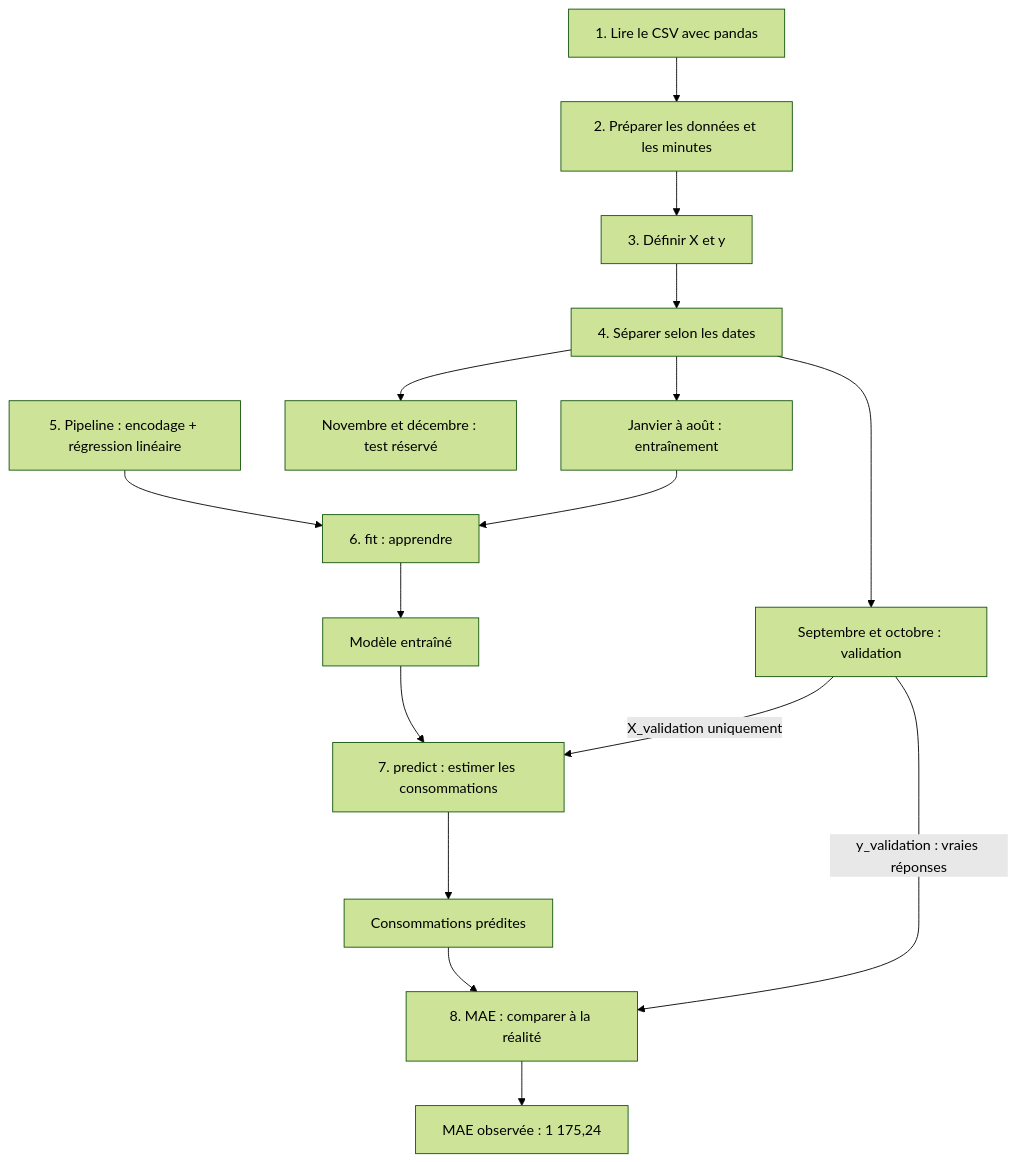
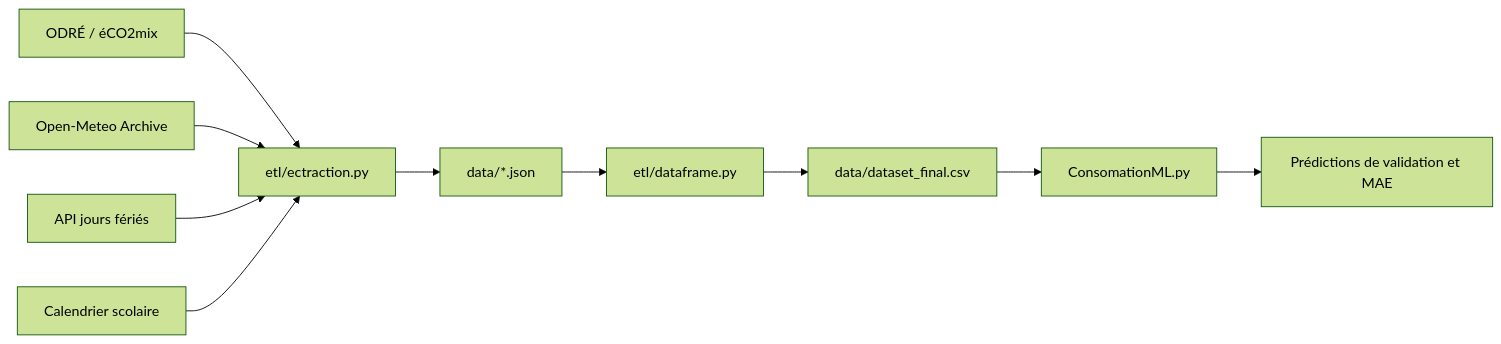
Before and after one commit to Svetlanna/EnergIA_final: the diagram in README.md, drawn with Mermaid (forest theme). The commit also changed other lines of this file, not shown here.

Commit message:
la présentation d'API's

````diff
--- a/README.md
+++ b/README.md
@@ -276,18 +32,12 @@
 ```mermaid
-flowchart TD
-    A["1. Lire le CSV avec pandas"] --> B["2. Préparer les données et les minutes"]
-    B --> C["3. Définir X et y"]
-    C --> D["4. Séparer selon les dates"]
-    D --> E["Janvier à août : entraînement"]
-    D --> F["Septembre et octobre : validation"]
-    D --> G["Novembre et décembre : test réservé"]
-    H["5. Pipeline : encodage + régression linéaire"] --> I["6. fit : apprendre"]
-    E --> I
-    I --> J["Modèle entraîné"]
-    J --> K["7. predict : estimer les consommations"]
-    F -->|"X_validation uniquement"| K
-    K --> L["Consommations prédites"]
-    L --> M["8. MAE : comparer à la réalité"]
-    F -->|"y_validation : vraies réponses"| M
-    M --> N["MAE observée : 1 175,24"]
+flowchart LR
+    A["ODRÉ / éCO2mix"] --> E["etl/ectraction.py"]
+    B["Open-Meteo Archive"] --> E
+    C["API jours fériés"] --> E
+    D["Calendrier scolaire"] --> E
+    E --> F["data/*.json"]
+    F --> G["etl/dataframe.py"]
+    G --> H["data/dataset_final.csv"]
+    H --> I["ConsomationML.py"]
+    I --> J["Prédictions de validation et MAE"]
 ```
````
